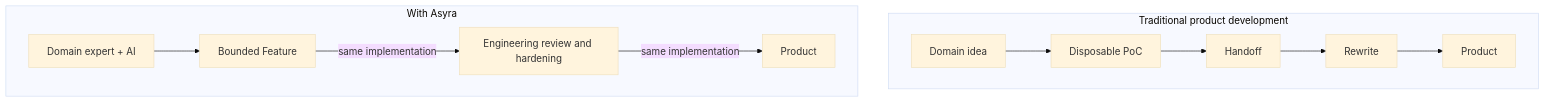
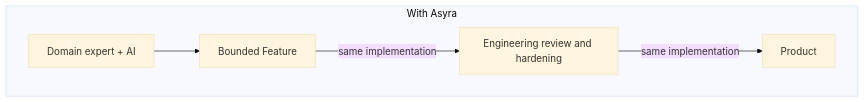
Before and after one commit to karote00/asra: the second of 3 diagrams in README.md, drawn with Mermaid (base theme). The commit also changed 52 other files, not shown here.

````diff
--- a/README.md
+++ b/README.md
@@ -22,12 +30,7 @@
 ```mermaid
 flowchart TB
-  subgraph traditional["Traditional product development"]
-    direction LR
-    oldIdea["Domain idea"] --> oldPoc["Disposable PoC"] --> handoff["Handoff"] --> rewrite["Rewrite"] --> oldProduct["Product"]
-  end
-
   subgraph asyra["With Asyra"]
     direction LR
     newIdea["Domain expert + AI"] --> feature["Bounded Feature"] -->|"same implementation"| review["Engineering review and hardening"] -->|"same implementation"| newProduct["Product"]
   end
 ```
````
